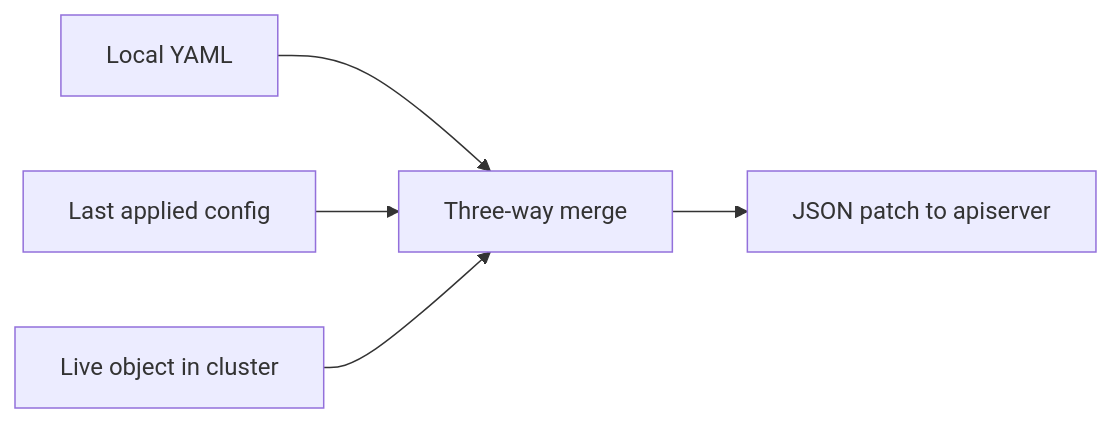
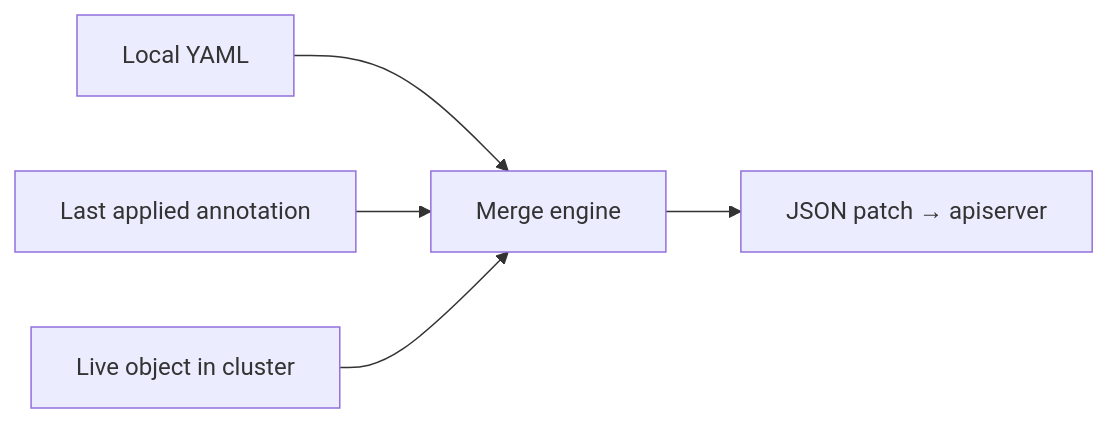
The seventh of 10 diagrams in Study/1.Core Concepts/enhanced_readme.md (AbdelwahabAdam/K8S-notes), drawn with Mermaid before and after one commit. The commit also changed other lines of this file and 22 other files, not shown here.

````diff
--- a/Study/1.Core Concepts/enhanced_readme.md
+++ b/Study/1.Core Concepts/enhanced_readme.md
@@ -507,7 +791,7 @@
 ```mermaid
 flowchart LR
-    LOCAL[Local YAML] --> MERGE[Three-way merge]
-    LAST[Last applied config] --> MERGE
+    LOCAL[Local YAML] --> MERGE[Merge engine]
+    LAST[Last applied annotation] --> MERGE
     LIVE[Live object in cluster] --> MERGE
-    MERGE --> PATCH[JSON patch to apiserver]
+    MERGE --> PATCH[JSON patch → apiserver]
 ```
````
